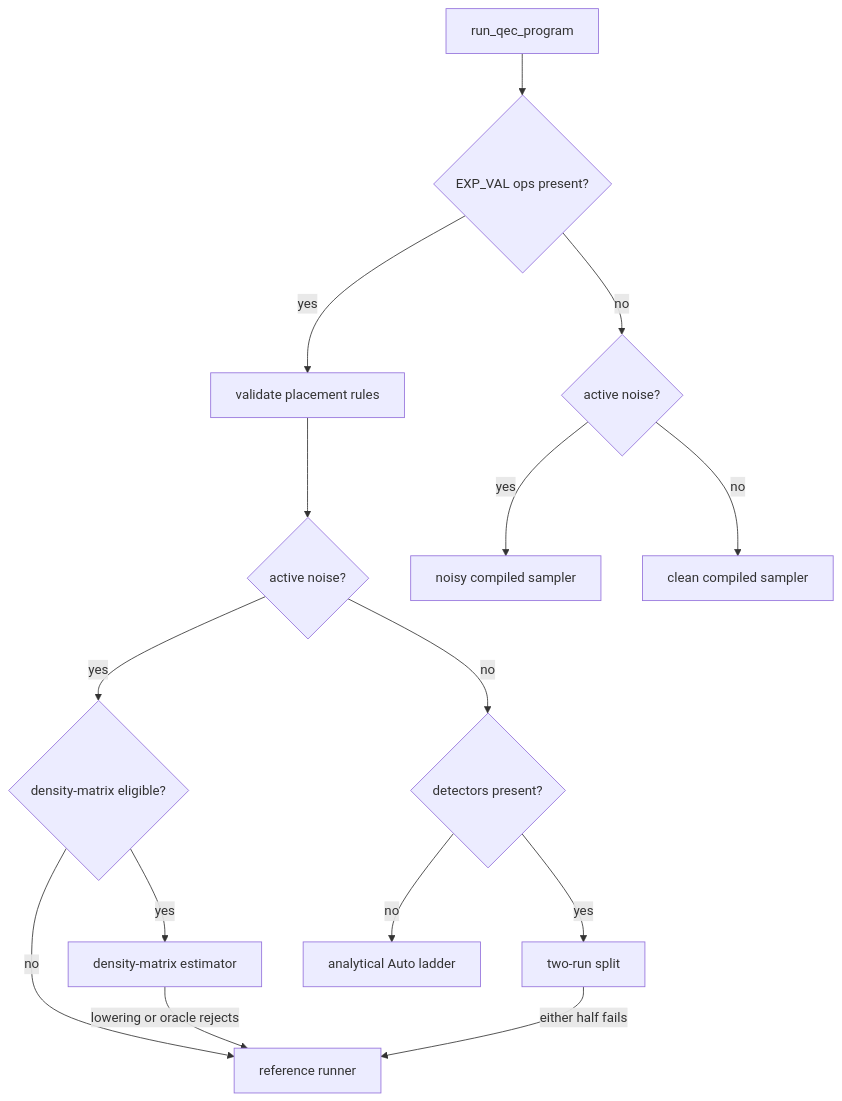
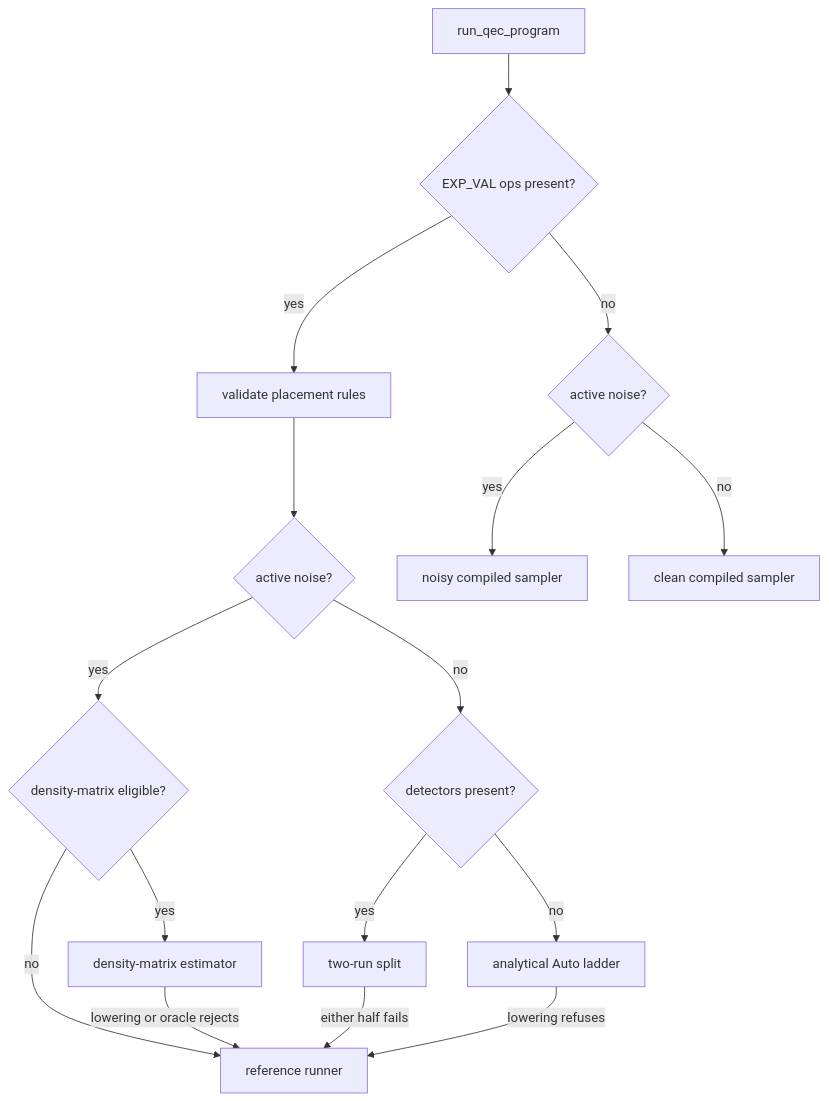
One commit to AbeCoull/prism-q changed the diagram in docs/architecture/qec-programs.md. Above: the diagram before and after it, drawn with Mermaid. The commit also changed other lines of this file and 14 other files, not shown here.

````diff
--- a/docs/architecture/qec-programs.md
+++ b/docs/architecture/qec-programs.md
@@ -203,17 +205,18 @@
 ```mermaid
 flowchart TD
     A[run_qec_program] --> B{EXP_VAL ops present?}
     B -- yes --> C[validate placement rules]
     C --> D{active noise?}
     D -- yes --> M{density-matrix eligible?}
     M -- yes --> X[density-matrix estimator]
     M -- no --> R[reference runner]
     X -- lowering or oracle rejects --> R
     D -- no --> E{detectors present?}
     E -- yes --> S[two-run split]
     E -- no --> L[analytical Auto ladder]
     S -- either half fails --> R
+    L -- lowering refuses --> R
     B -- no --> F{active noise?}
     F -- yes --> N[noisy compiled sampler]
     F -- no --> P[clean compiled sampler]
 ```
````
